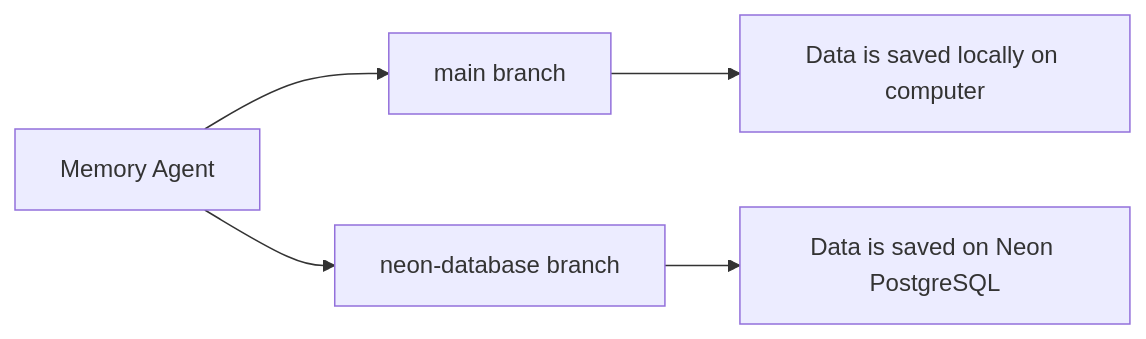
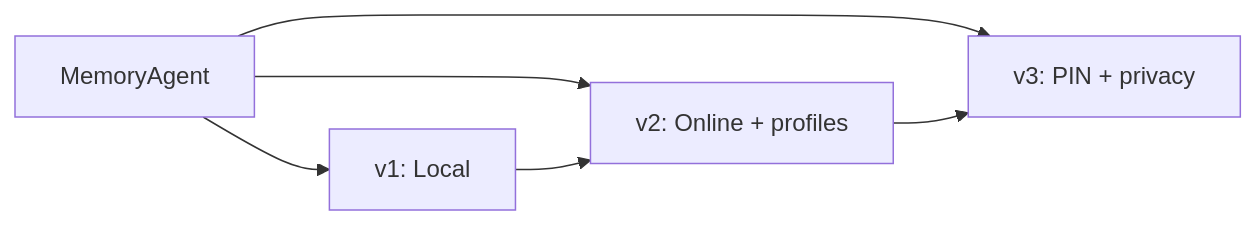
Before and after one commit to harshkad/MemoryAgent: the diagram in README.md, drawn with Mermaid. The commit also changed other lines of this file, not shown here.

````diff
--- a/README.md
+++ b/README.md
@@ -17,8 +16,7 @@
 ```mermaid
 graph LR
-    A[Memory Agent] --> B[main branch]
-    A --> C[neon-database branch]
-
-    B --> D[Data is saved locally on computer]
-    C --> E[Data is saved on Neon PostgreSQL]
+    A["MemoryAgent"] --> B["v1: Local"]
+    A --> C["v2: Online + profiles"]
+    A --> D["v3: PIN + privacy"]
+    B --> C --> D
 ```
````
